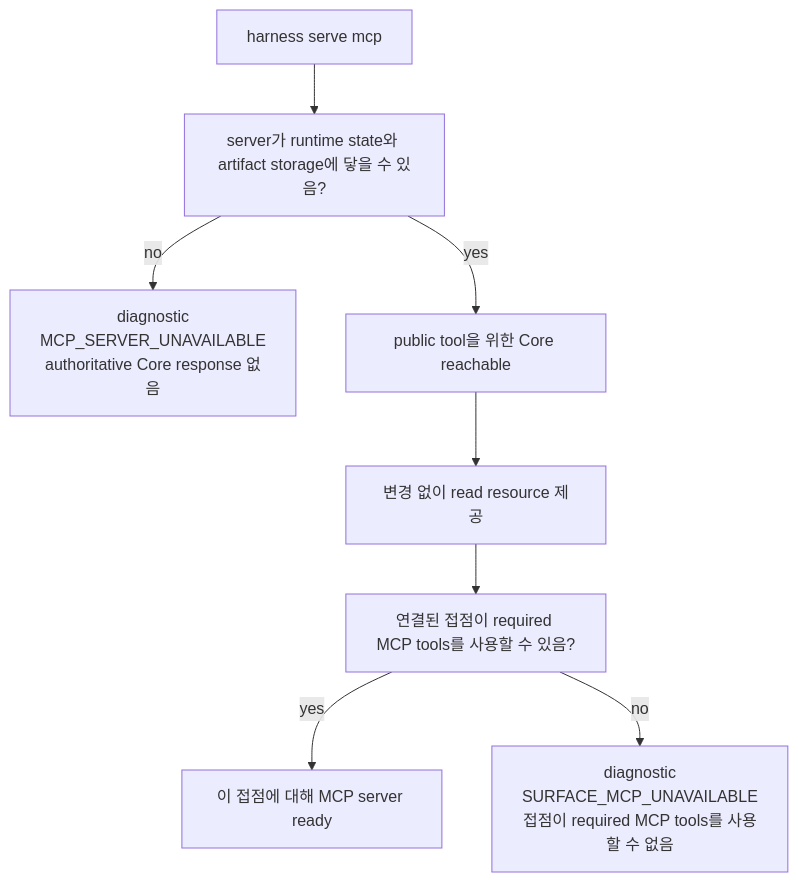
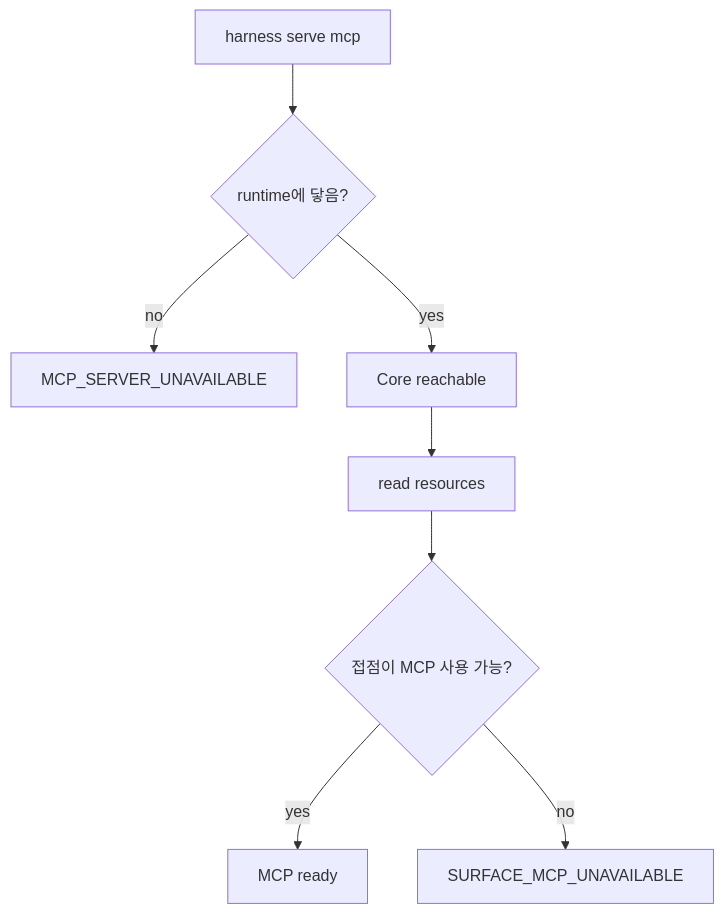
One commit to minjungw00/Harness_Project changed the sixth of 11 diagrams in docs/ko/reference/operations-and-conformance.md. Above: the diagram before and after it, drawn with Mermaid. The commit also changed other lines of this file and 20 other files, not shown here.

Commit message:
docs: refresh diagrams for staged authority model

````diff
--- a/docs/ko/reference/operations-and-conformance.md
+++ b/docs/ko/reference/operations-and-conformance.md
@@ -370,10 +370,10 @@
 ```mermaid
 flowchart TD
-  Start["harness serve mcp"] --> Server["server가 runtime state와 artifact storage에 닿을 수 있음?"]
-  Server -- no --> ServerFail["diagnostic<br/>MCP_SERVER_UNAVAILABLE<br/>authoritative Core response 없음"]
-  Server -- yes --> Core["public tool을 위한 Core reachable"]
-  Core --> Resources["변경 없이 read resource 제공"]
-  Resources --> Surface["연결된 접점이 required MCP tools를 사용할 수 있음?"]
-  Surface -- yes --> Ready["이 접점에 대해 MCP server ready"]
-  Surface -- no --> SurfaceFail["diagnostic<br/>SURFACE_MCP_UNAVAILABLE<br/>접점이 required MCP tools를 사용할 수 없음"]
+  Start["harness serve mcp"] --> Server{"runtime에 닿음?"}
+  Server -- no --> ServerFail["MCP_SERVER_UNAVAILABLE"]
+  Server -- yes --> Core["Core reachable"]
+  Core --> Resources["read resources"]
+  Resources --> Surface{"접점이 MCP 사용 가능?"}
+  Surface -- yes --> Ready["MCP ready"]
+  Surface -- no --> SurfaceFail["SURFACE_MCP_UNAVAILABLE"]
 ```
````
